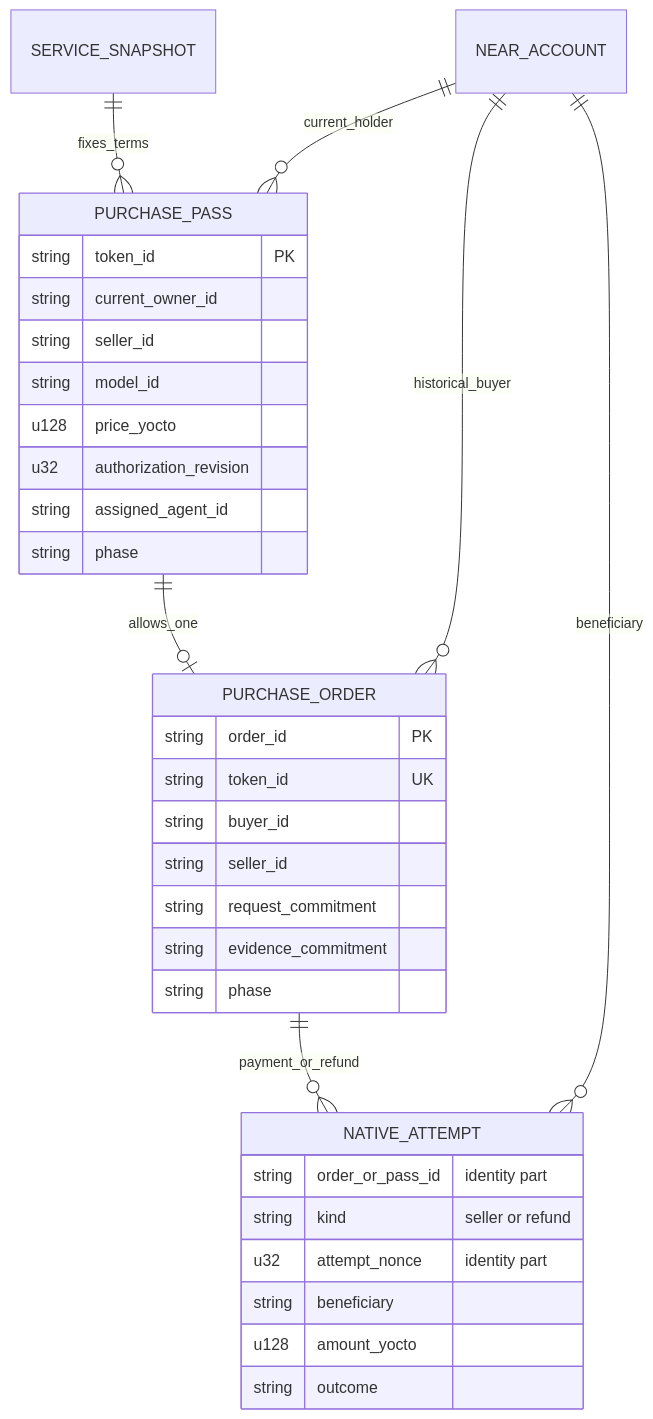
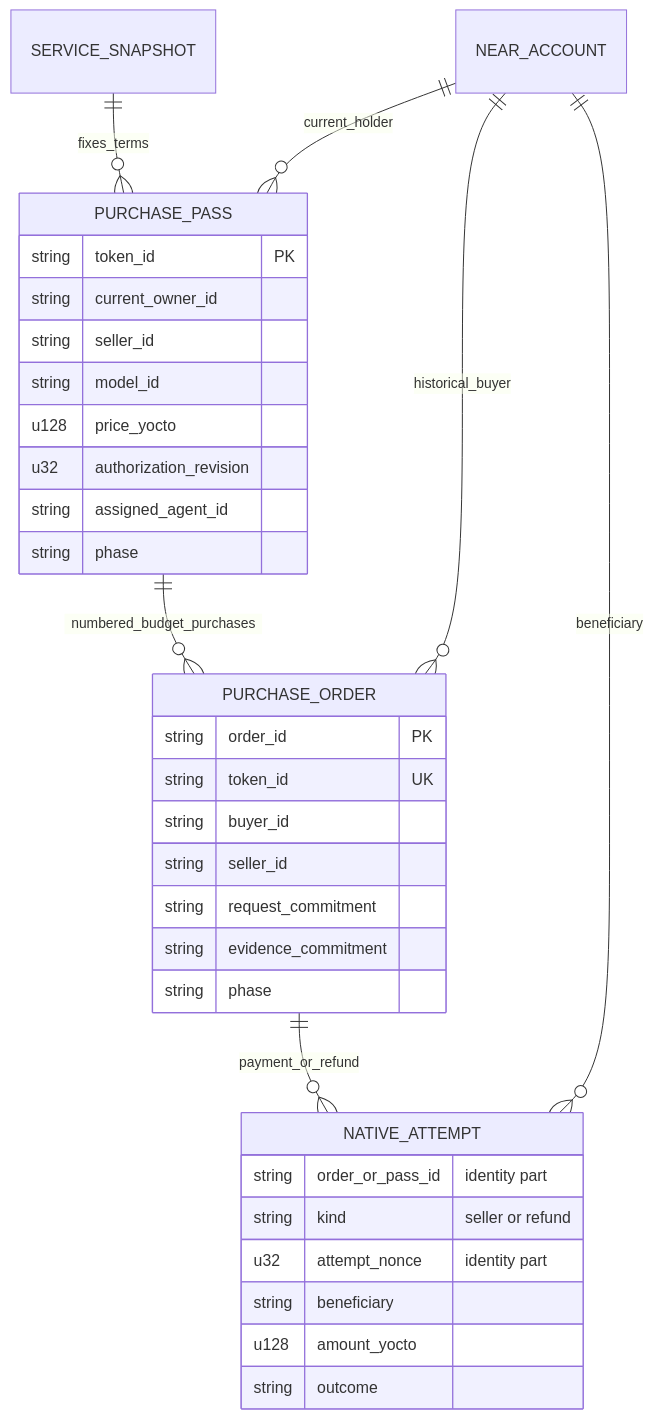
One commit to EndPx/proofbill changed the second of 2 diagrams in docs/database/ERD.md. Above: the diagram before and after it, drawn with Mermaid. The commit also changed other lines of this file and 18 other files, not shown here.

````diff
--- a/docs/database/ERD.md
+++ b/docs/database/ERD.md
@@ -167,37 +167,37 @@
 ```mermaid
 erDiagram
     NEAR_ACCOUNT ||--o{ PURCHASE_PASS : current_holder
     SERVICE_SNAPSHOT ||--o{ PURCHASE_PASS : fixes_terms
-    PURCHASE_PASS ||--o| PURCHASE_ORDER : allows_one
+    PURCHASE_PASS ||--o{ PURCHASE_ORDER : numbered_budget_purchases
     PURCHASE_ORDER ||--o{ NATIVE_ATTEMPT : payment_or_refund
     NEAR_ACCOUNT ||--o{ PURCHASE_ORDER : historical_buyer
     NEAR_ACCOUNT ||--o{ NATIVE_ATTEMPT : beneficiary
 
     PURCHASE_PASS {
         string token_id PK
         string current_owner_id
         string seller_id
         string model_id
         u128 price_yocto
         u32 authorization_revision
         string assigned_agent_id
         string phase
     }
     PURCHASE_ORDER {
         string order_id PK
         string token_id UK
         string buyer_id
         string seller_id
         string request_commitment
         string evidence_commitment
         string phase
     }
     NATIVE_ATTEMPT {
         string order_or_pass_id "identity part"
         string kind "seller or refund"
         u32 attempt_nonce "identity part"
         string beneficiary
         u128 amount_yocto
         string outcome
     }
 ```
````
